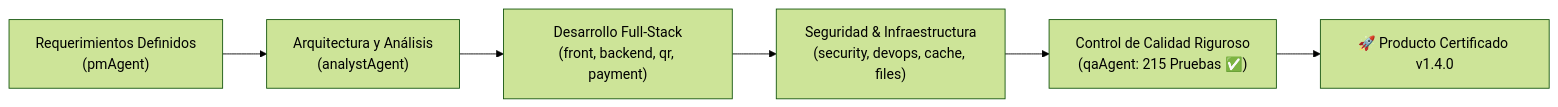
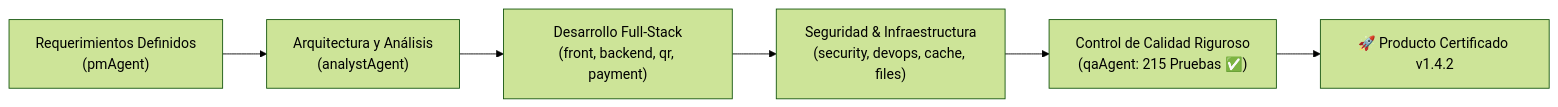
The diagram in PROJECT_STATUS_QRGENERATOR.md (paolapaz202504/QRgenerator), drawn with Mermaid (forest theme) before and after one commit. The commit also changed other lines of this file and 11 other files, not shown here.

````diff
--- a/PROJECT_STATUS_QRGENERATOR.md
+++ b/PROJECT_STATUS_QRGENERATOR.md
@@ -12,8 +12,8 @@
 ```mermaid
 flowchart LR
     A["Requerimientos Definidos\n(pmAgent)"] --> B["Arquitectura y Análisis\n(analystAgent)"]
     B --> C["Desarrollo Full-Stack\n(front, backend, qr, payment)"]
     C --> D["Seguridad & Infraestructura\n(security, devops, cache, files)"]
     D --> E["Control de Calidad Riguroso\n(qaAgent: 215 Pruebas ✅)"]
-    E --> F["🚀 Producto Certificado v1.4.0"]
+    E --> F["🚀 Producto Certificado v1.4.2"]
 ```
````
